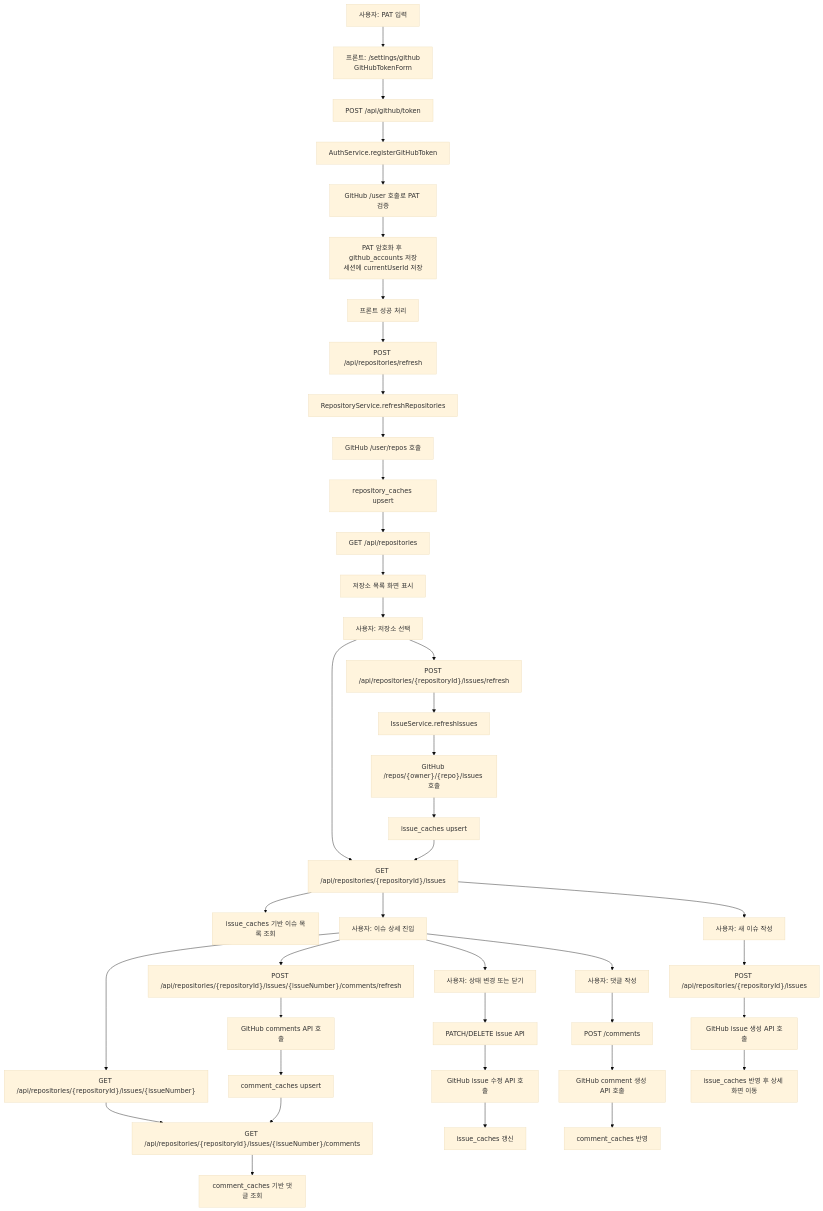
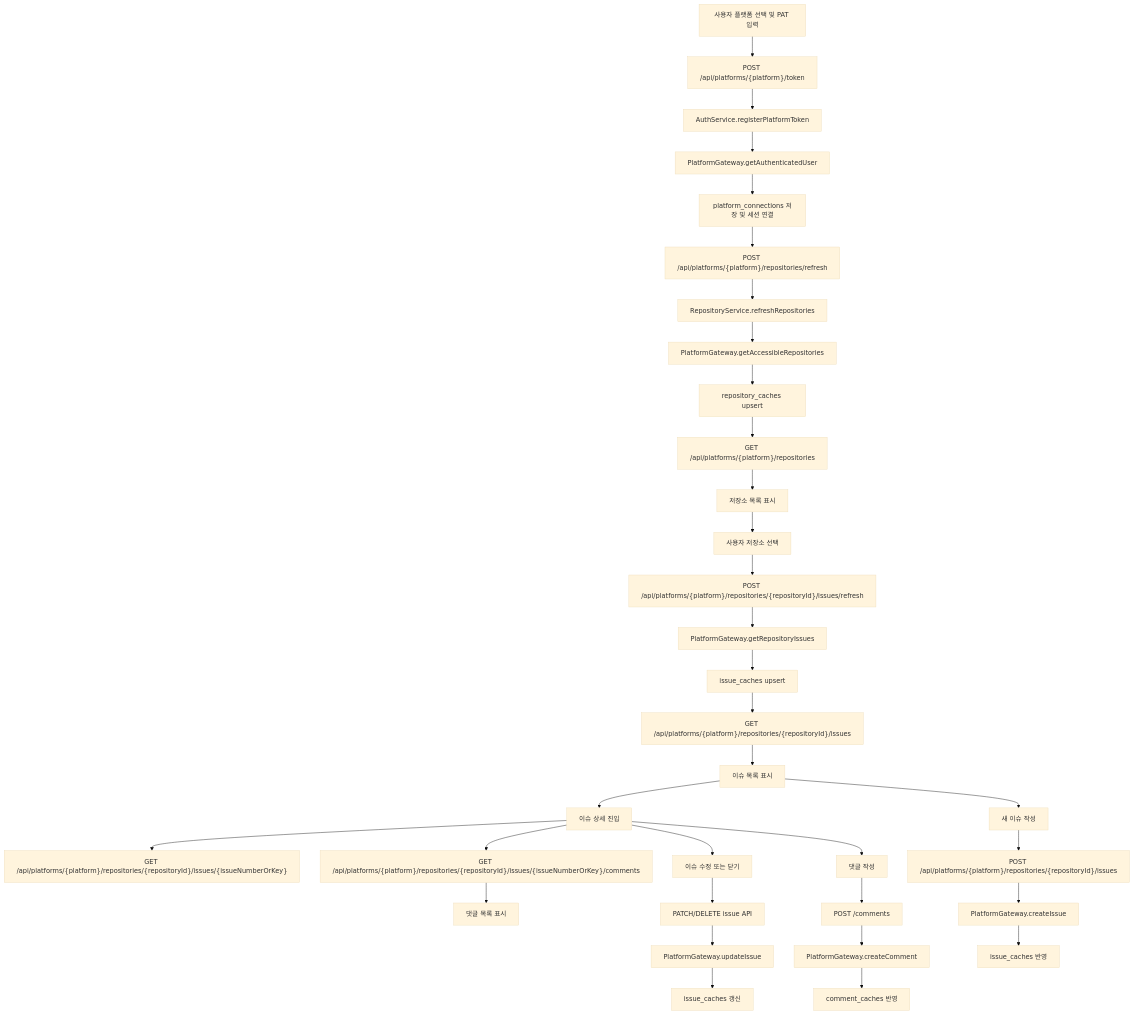
The first of 2 diagrams in docs/08-main-use-case-flow.md (Jungwoook/github-issue-manager), drawn with Mermaid (base theme) before and after one commit. The commit also changed other lines of this file and 12 other files, not shown here.

````diff
--- a/docs/08-main-use-case-flow.md
+++ b/docs/08-main-use-case-flow.md
@@ -31,43 +30,35 @@
 ```mermaid
 flowchart TD
-    A["사용자: PAT 입력"] --> B["프론트: /settings/github\nGitHubTokenForm"]
-    B --> C["POST /api/github/token"]
-    C --> D["AuthService.registerGitHubToken"]
-    D --> E["GitHub /user 호출로 PAT 검증"]
-    E --> F["PAT 암호화 후 github_accounts 저장\n세션에 currentUserId 저장"]
-    F --> G["프론트 성공 처리"]
-    G --> H["POST /api/repositories/refresh"]
-    H --> I["RepositoryService.refreshRepositories"]
-    I --> J["GitHub /user/repos 호출"]
-    J --> K["repository_caches upsert"]
-    K --> L["GET /api/repositories"]
-    L --> M["저장소 목록 화면 표시"]
-    M --> N["사용자: 저장소 선택"]
-    N --> O["GET /api/repositories/{repositoryId}/issues"]
-    O --> P["issue_caches 기반 이슈 목록 조회"]
-    N --> Q["POST /api/repositories/{repositoryId}/issues/refresh"]
-    Q --> R["IssueService.refreshIssues"]
-    R --> S["GitHub /repos/{owner}/{repo}/issues 호출"]
-    S --> T["issue_caches upsert"]
-    T --> O
-    O --> U["사용자: 이슈 상세 진입"]
-    U --> V["GET /api/repositories/{repositoryId}/issues/{issueNumber}"]
-    V --> W["GET /api/repositories/{repositoryId}/issues/{issueNumber}/comments"]
-    W --> X["comment_caches 기반 댓글 조회"]
-    U --> Y["POST /api/repositories/{repositoryId}/issues/{issueNumber}/comments/refresh"]
-    Y --> Z["GitHub comments API 호출"]
-    Z --> AA["comment_caches upsert"]
-    AA --> W
-    O --> AB["사용자: 새 이슈 작성"]
-    AB --> AC["POST /api/repositories/{repositoryId}/issues"]
-    AC --> AD["GitHub issue 생성 API 호출"]
-    AD --> AE["issue_caches 반영 후 상세 화면 이동"]
-    U --> AF["사용자: 상태 변경 또는 닫기"]
-    AF --> AG["PATCH/DELETE issue API"]
-    AG --> AH["GitHub issue 수정 API 호출"]
-    AH --> AI["issue_caches 갱신"]
-    U --> AJ["사용자: 댓글 작성"]
-    AJ --> AK["POST /comments"]
-    AK --> AL["GitHub comment 생성 API 호출"]
-    AL --> AM["comment_caches 반영"]
+    A["사용자 플랫폼 선택 및 PAT 입력"] --> B["POST /api/platforms/{platform}/token"]
+    B --> C["AuthService.registerPlatformToken"]
+    C --> D["PlatformGateway.getAuthenticatedUser"]
+    D --> E["platform_connections 저장 및 세션 연결"]
+    E --> F["POST /api/platforms/{platform}/repositories/refresh"]
+    F --> G["RepositoryService.refreshRepositories"]
+    G --> H["PlatformGateway.getAccessibleRepositories"]
+    H --> I["repository_caches upsert"]
+    I --> J["GET /api/platforms/{platform}/repositories"]
+    J --> K["저장소 목록 표시"]
+    K --> L["사용자 저장소 선택"]
+    L --> M["POST /api/platforms/{platform}/repositories/{repositoryId}/issues/refresh"]
+    M --> N["PlatformGateway.getRepositoryIssues"]
+    N --> O["issue_caches upsert"]
+    O --> P["GET /api/platforms/{platform}/repositories/{repositoryId}/issues"]
+    P --> Q["이슈 목록 표시"]
+    Q --> R["이슈 상세 진입"]
+    R --> S["GET /api/platforms/{platform}/repositories/{repositoryId}/issues/{issueNumberOrKey}"]
+    R --> T["GET /api/platforms/{platform}/repositories/{repositoryId}/issues/{issueNumberOrKey}/comments"]
+    T --> U["댓글 목록 표시"]
+    Q --> V["새 이슈 작성"]
+    V --> W["POST /api/platforms/{platform}/repositories/{repositoryId}/issues"]
+    W --> X["PlatformGateway.createIssue"]
+    X --> Y["issue_caches 반영"]
+    R --> Z["이슈 수정 또는 닫기"]
+    Z --> AA["PATCH/DELETE issue API"]
+    AA --> AB["PlatformGateway.updateIssue"]
+    AB --> AC["issue_caches 갱신"]
+    R --> AD["댓글 작성"]
+    AD --> AE["POST /comments"]
+    AE --> AF["PlatformGateway.createComment"]
+    AF --> AG["comment_caches 반영"]
 ```
````
